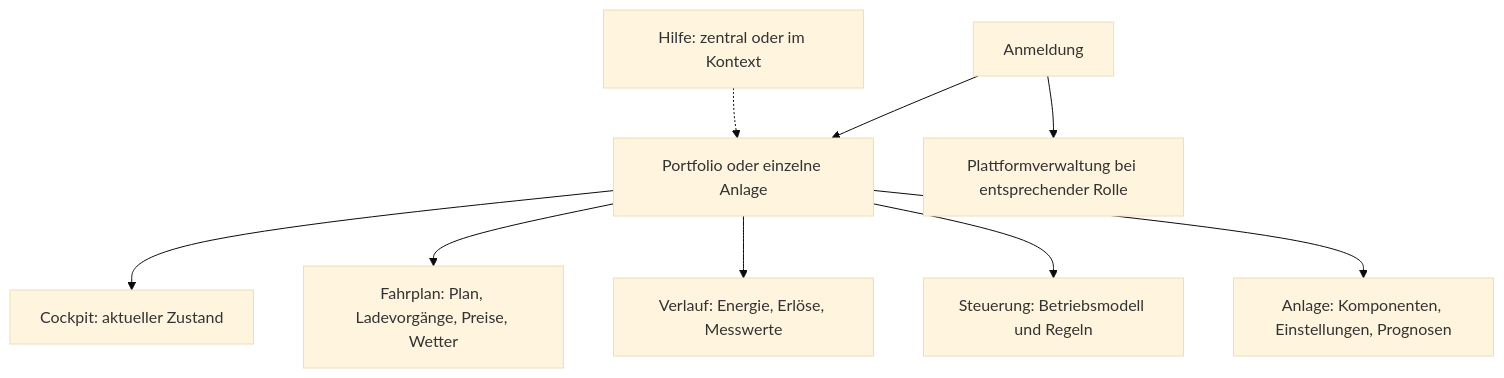
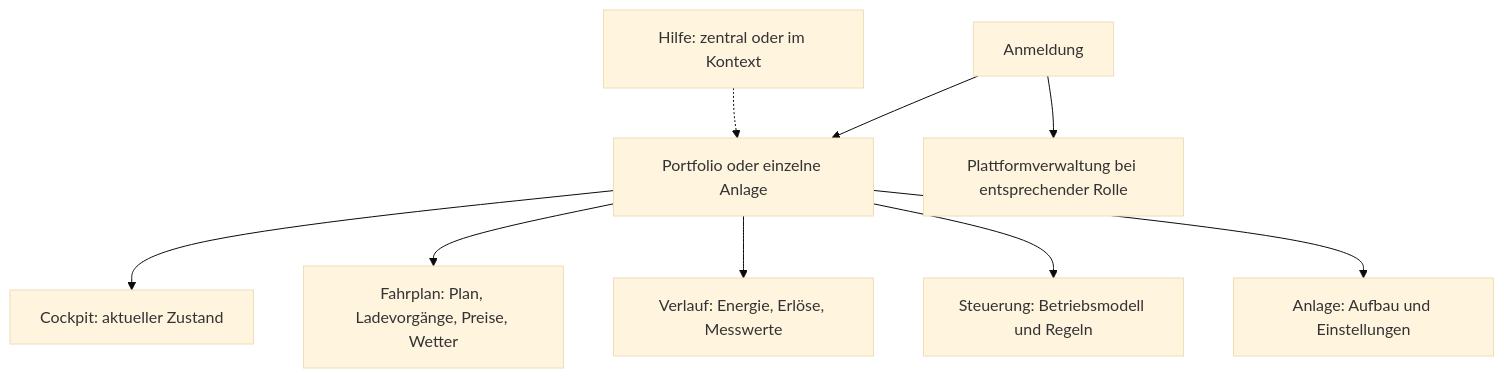
One commit to Rayleigh3105/voltpilot-ems changed the diagram in docs/portal.md. Above: the diagram before and after it, drawn with Mermaid (base theme). The commit also changed other lines of this file and 86 other files, not shown here.

First line of the commit message:
Anlage neu gedacht: Aufbau als Baum, kurze Einstellungen, Assistent in vier Schritten

````diff
--- a/docs/portal.md
+++ b/docs/portal.md
@@ -9,11 +9,11 @@
 ```mermaid
 flowchart TD
     Login["Anmeldung"] --> Auswahl["Portfolio oder einzelne Anlage"]
     Auswahl --> Cockpit["Cockpit: aktueller Zustand"]
     Auswahl --> Plan["Fahrplan: Plan, Ladevorgänge, Preise, Wetter"]
     Auswahl --> Verlauf["Verlauf: Energie, Erlöse, Messwerte"]
     Auswahl --> Steuerung["Steuerung: Betriebsmodell und Regeln"]
-    Auswahl --> Anlage["Anlage: Komponenten, Einstellungen, Prognosen"]
+    Auswahl --> Anlage["Anlage: Aufbau und Einstellungen"]
     Login --> Admin["Plattformverwaltung bei entsprechender Rolle"]
     Hilfe["Hilfe: zentral oder im Kontext"] -.-> Auswahl
 ```
````
